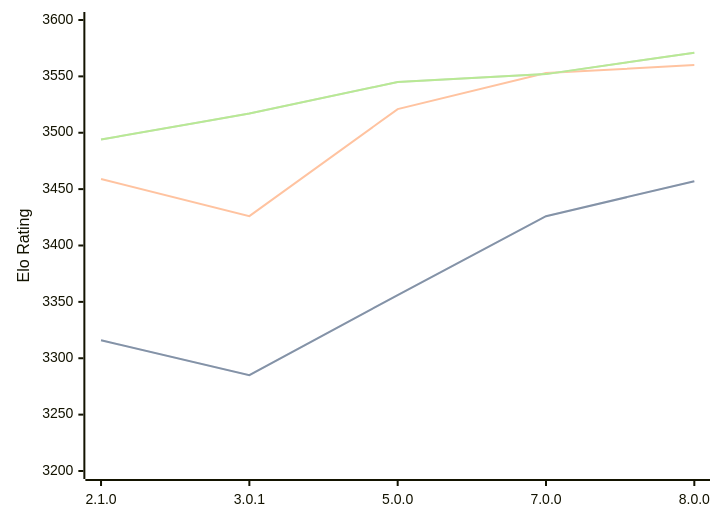
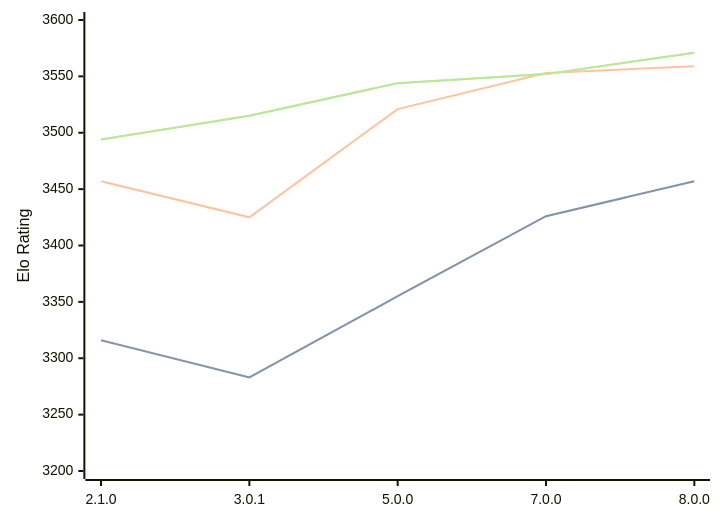
Before and after one commit to computer-chess-index/cci: the diagram in engines/PlentyChess.md, drawn with Mermaid. The commit also changed other lines of this file, not shown here.

Commit message:
Update CCI Ratings (ELO VLTC) - 2026-08-03

````diff
--- a/engines/PlentyChess.md
+++ b/engines/PlentyChess.md
@@ -46,11 +46,11 @@
 ```mermaid
 %%{init: {"theme":"base","themeVariables":{"seriesColors:['#a3a3a3','#222221','#faa371']}}}%%
 xychart-beta
   x-axis ["2.1.0", "3.0.1", "5.0.0", "7.0.0", "8.0.0"]
   y-axis "Elo Rating" 3200 --> 3600
-  line "STC (8.0+0.08s)" [3316, 3285, 3356, 3426, 3457]
-  line "STC (8.0+0.08s)" [3316, 3285, 3356, 3426, 3457]
-  line "LTC (60.0+0.60s)" [3459, 3426, 3521, 3553, 3560]
-  line "VLTC (2m24s+1.12s)" [3494, 3517, 3545, 3552, 3571]
-  line "VLTC (2m24s+1.12s)" [3494, 3517, 3545, 3552, 3571]
+  line "STC (8.0+0.08s)" [3316, 3283, 3355, 3426, 3457]
+  line "STC (8.0+0.08s)" [3316, 3283, 3355, 3426, 3457]
+  line "LTC (60.0+0.60s)" [3457, 3425, 3521, 3553, 3559]
+  line "VLTC (2m24s+1.12s)" [3494, 3515, 3544, 3552, 3571]
+  line "VLTC (2m24s+1.12s)" [3494, 3515, 3544, 3552, 3571]
 ```
````
